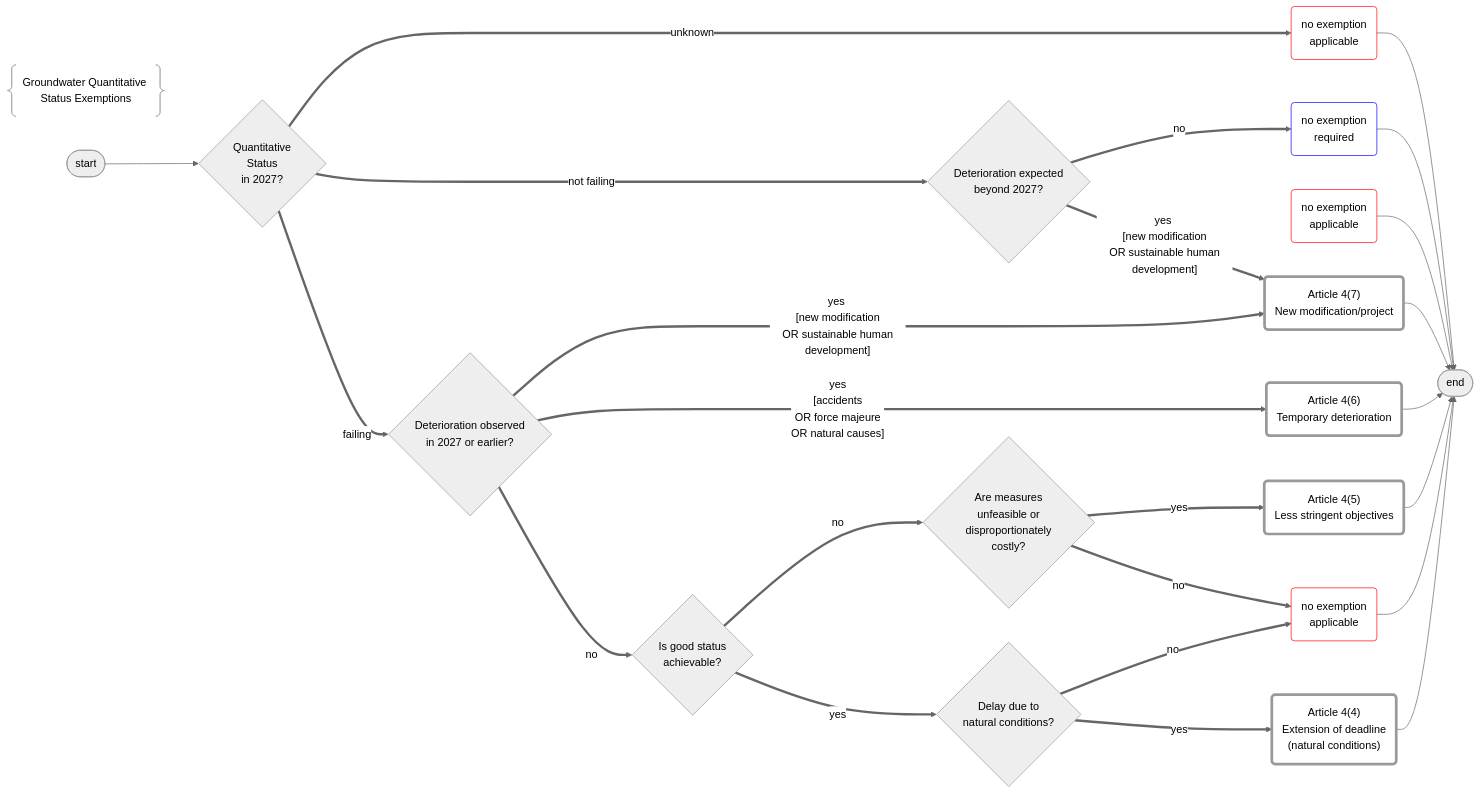
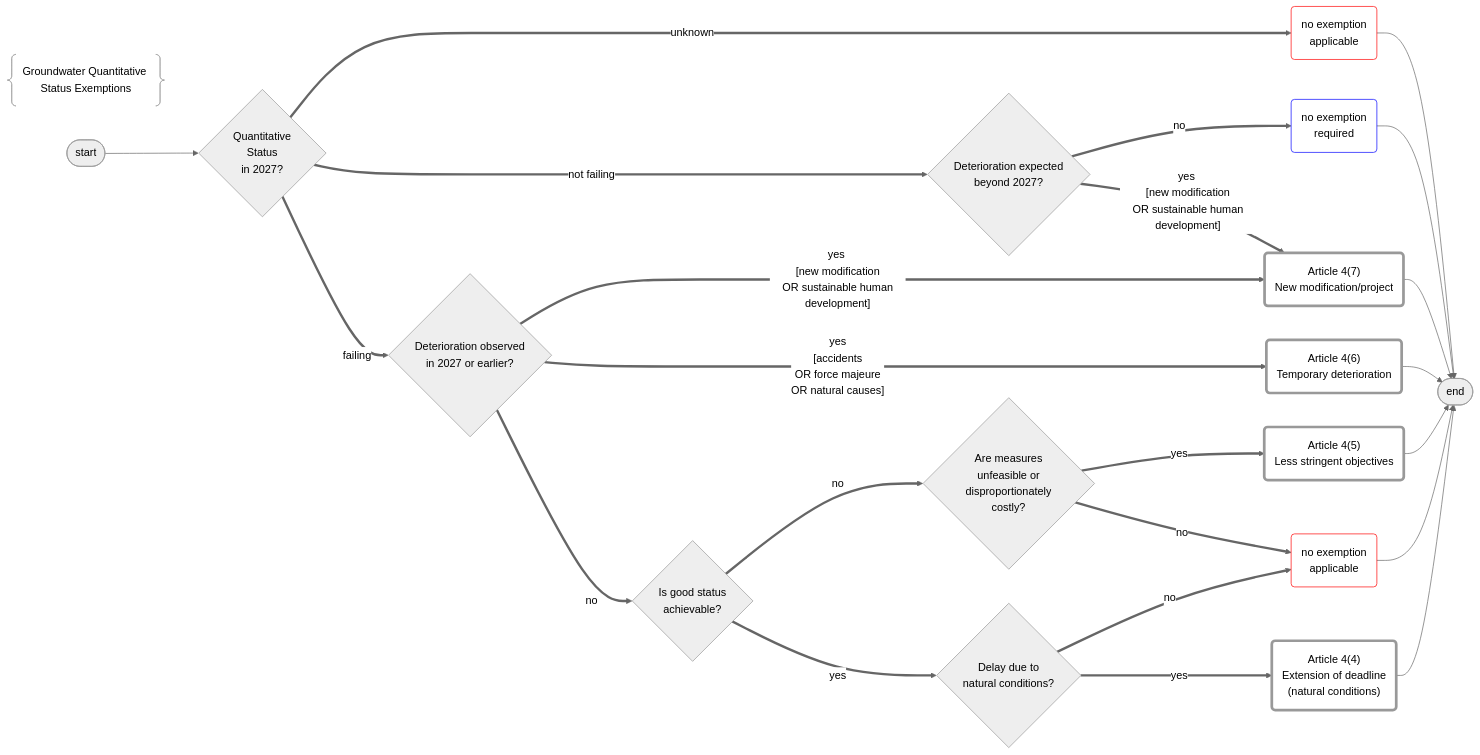
The diagram in docs/DataModelReview/mmd/QuantitativeExemption_Flowchart.mmd (eeadata/WISE.WFD.Documentation), drawn with Mermaid before and after one commit.

Commit message:
Corrected typo in the Quantitative Exemptions diagram

```diff
--- a/docs/DataModelReview/mmd/QuantitativeExemption_Flowchart.mmd
+++ b/docs/DataModelReview/mmd/QuantitativeExemption_Flowchart.mmd
@@ -1,78 +1,76 @@
 %%{init: {'theme': 'neutral'}}%%
 
 flowchart LR
 
 %% Groundwater Quantitative Status Exemptions
 title@{ shape: braces, label: "Groundwater Quantitative Status Exemptions" }
 
 %% Defining the nodes
 		
 initial([start])
 final([end])
 
 %% duplicate nodeS for just for flowchart readability
 hasNoApplicableExemption_1("no exemption \n applicable"):::stateRed
 hasNoApplicableExemption_2("no exemption \n required"):::stateBlue
 hasNoApplicableExemption_3("no exemption \n applicable"):::stateRed
-hasNoApplicableExemption_4("no exemption \n applicable"):::stateRed
 
 hasExemption44n("Article 4(4) \n Extension of deadline \n (natural conditions)"):::state
 hasExemption45("Article 4(5) \n Less stringent objectives"):::state
 hasExemption46("Article 4(6) \n Temporary deterioration"):::state
 hasExemption47("Article 4(7) \n New modification/project"):::state
 
 %% Defining the decisions
 
 isQuantitativeStatusIn2027{"Quantitative \n Status \n in 2027?"}
 isDeteriorationExpected{"Deterioration expected \n beyond 2027?"}
 isDeteriorationObserved{"Deterioration observed \n in 2027 or earlier?"}
 isGoodStatusAchievable{"Is good status \n achievable?"}
 isUnfeasibleOrCostly{"Are measures \n unfeasible or \n disproportionately \n costly?"}
 isDelayDueToNaturalConditions{"Delay due to \n natural conditions?"}
 
 %% Flow to TERMINATORS
 
 initial --> isQuantitativeStatusIn2027
 hasNoApplicableExemption_1 --> final
 hasNoApplicableExemption_2 --> final
 hasNoApplicableExemption_3 --> final
-hasNoApplicableExemption_4 --> final
 hasExemption47 --> final 
 hasExemption46 --> final 
 hasExemption45 --> final 
 hasExemption44n --> final 
 
 %% THE IMPORTANT PART STARTS HERE
 
     %% NO EXEMPTION POSSIBLE - If the status is unknown, then exemptions cannot be reported
     isQuantitativeStatusIn2027 ==>|unknown|hasNoApplicableExemption_1
 
     %% NO EXEMPTION NEEDED - if the status is not failing and no deterioration is expected, then no exemption is needed
     isQuantitativeStatusIn2027 ==>|not failing|isDeteriorationExpected
     isDeteriorationExpected ==>|no|hasNoApplicableExemption_2
 
     %% ARTICLE 4(7) - DETERIORATION DUE TO NEW MODIFICATION OR PROJECT
     isDeteriorationExpected ==>|"yes \n [new modification \n OR sustainable human development]"|hasExemption47
         
     %% ARTICLE 4(6) - DETERIORATION DUE TO ACCIDENTS OR FORCE MAJEURE OR NATURAL CAUSES
     isQuantitativeStatusIn2027 ==>|failing|isDeteriorationObserved
     isDeteriorationObserved ==>|"yes \n [new modification \n OR sustainable human development]"|hasExemption47
     isDeteriorationObserved ==>|"yes \n [accidents  \n OR force majeure  \n OR natural causes]"|hasExemption46
     isDeteriorationObserved ==>|no|isGoodStatusAchievable
 
     %% ARTICLE 4(5) - LESS STRINGENT OBJECTIVES
     isGoodStatusAchievable ==>|no|isUnfeasibleOrCostly
     isUnfeasibleOrCostly ==> |yes|hasExemption45
-    isUnfeasibleOrCostly ==> |no|hasNoApplicableExemption_4
+    isUnfeasibleOrCostly ==> |no|hasNoApplicableExemption_3
 
     %% ARTICLE 4(4) EXTENSION OF DEADLINE - NATURAL CONDITIONS
     isGoodStatusAchievable ==>|yes|isDelayDueToNaturalConditions
                     
     %% ARTICLE 4(5) EXTENSION OF DEADLINE - FEASIBILITY OR COST - NO EXEMPTION POSSIBLE
-    isDelayDueToNaturalConditions ==>|no|hasNoApplicableExemption_4
+    isDelayDueToNaturalConditions ==>|no|hasNoApplicableExemption_3
     isDelayDueToNaturalConditions ==>|yes|hasExemption44n
 
 %% styling
 classDef state stroke-width:4px,fill:transparent
 classDef stateRed stroke:red,fill:transparent
 classDef stateBlue stroke:blue,fill:transparent
```
